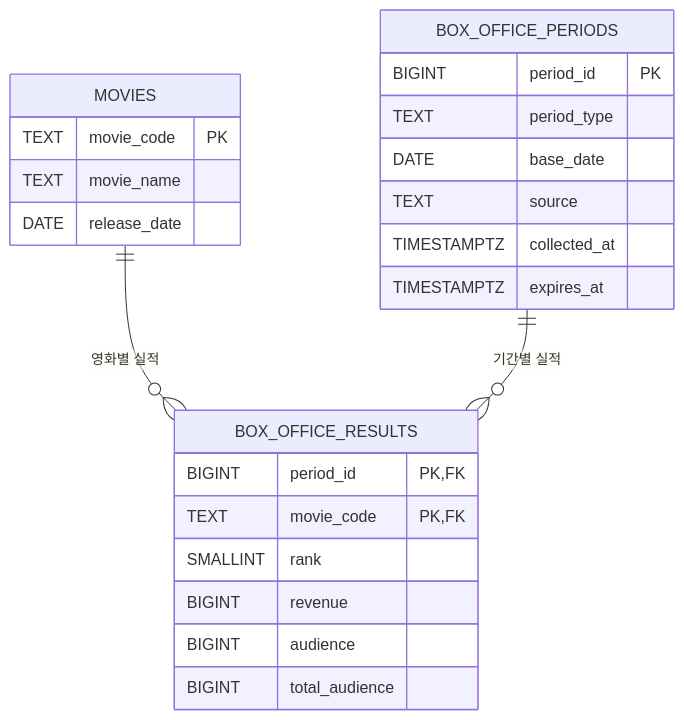
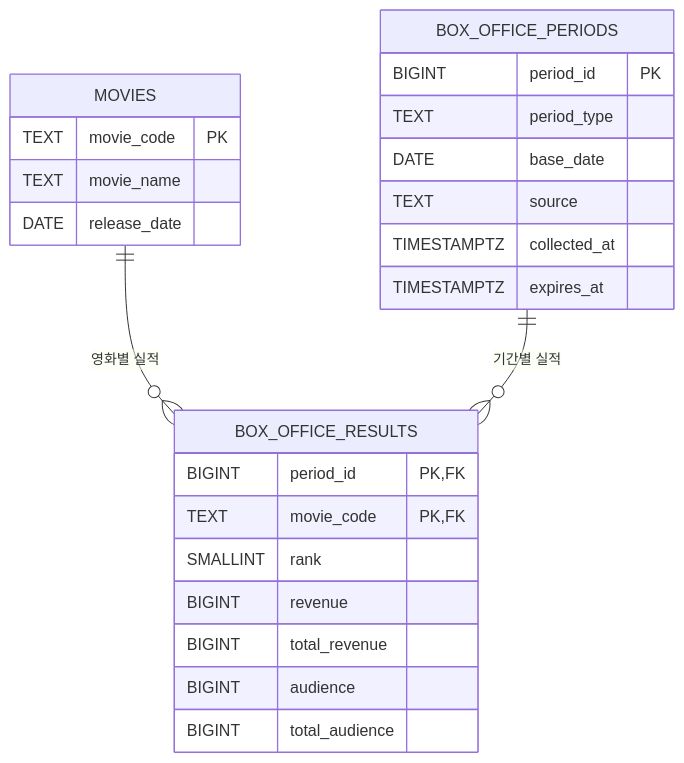
One commit to ko-tester/VibeCodingMovie changed the diagram in ERD.md. Above: the diagram before and after it, drawn with Mermaid. The commit also changed other lines of this file and 12 other files, not shown here.

````diff
--- a/ERD.md
+++ b/ERD.md
@@ -64,29 +65,30 @@
 ```mermaid
 erDiagram
     MOVIES ||--o{ BOX_OFFICE_RESULTS : "영화별 실적"
     BOX_OFFICE_PERIODS ||--o{ BOX_OFFICE_RESULTS : "기간별 실적"
 
     MOVIES {
         TEXT movie_code PK
         TEXT movie_name
         DATE release_date
     }
 
     BOX_OFFICE_PERIODS {
         BIGINT period_id PK
         TEXT period_type
         DATE base_date
         TEXT source
         TIMESTAMPTZ collected_at
         TIMESTAMPTZ expires_at
     }
 
     BOX_OFFICE_RESULTS {
         BIGINT period_id PK, FK
         TEXT movie_code PK, FK
         SMALLINT rank
         BIGINT revenue
+        BIGINT total_revenue
         BIGINT audience
         BIGINT total_audience
     }
 ```
````
